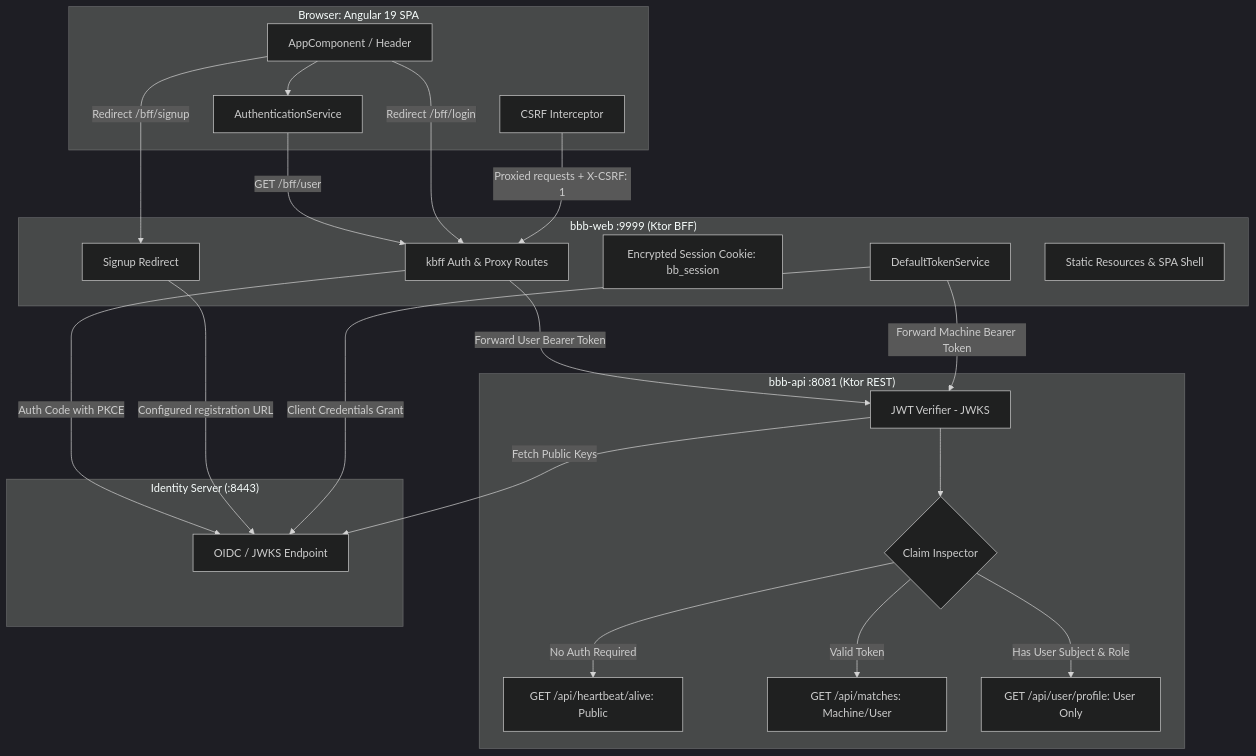
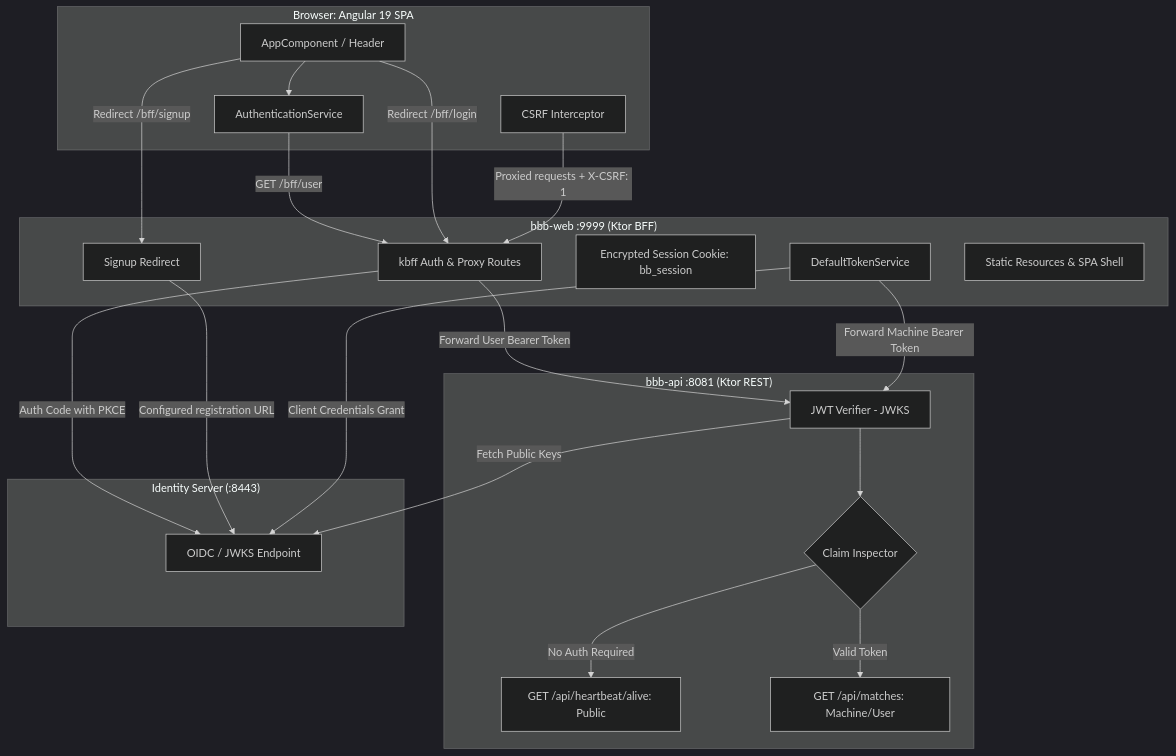
The first of 3 diagrams in docs/architecture/applications.md (kevinrjones/acs_ball_by_ball), drawn with Mermaid (dark theme) before and after one commit. The commit also changed other lines of this file and 15 other files, not shown here.

Commit message:
Remove user profile flow, associated contracts, authentication logic, and shared tests from `bbb-api`, `bbb-shared`, `bbb-web`, and architecture documentation.

````diff
--- a/docs/architecture/applications.md
+++ b/docs/architecture/applications.md
@@ -19,47 +19,45 @@
 ```mermaid
 flowchart TD
     subgraph Browser["Browser: Angular 19 SPA"]
         UI[AppComponent / Header]
         AuthService[AuthenticationService]
         Interceptor[CSRF Interceptor]
     end
 
     subgraph Web["bbb-web :9999 (Ktor BFF)"]
         KBFF[kbff Auth & Proxy Routes]
         AuthRoutes[Signup Redirect]
         SessionCookie[Encrypted Session Cookie: bb_session]
         TokenService[DefaultTokenService]
         WebRoutes[Static Resources & SPA Shell]
     end
 
     subgraph API["bbb-api :8081 (Ktor REST)"]
         JWTVerifier[JWT Verifier - JWKS]
         ClaimsCheck{Claim Inspector}
         AliveRoute[GET /api/heartbeat/alive: Public]
         MatchesRoute[GET /api/matches: Machine/User]
-        UserRoute[GET /api/user/profile: User Only]
     end
 
     subgraph Identity["Identity Server (:8443)"]
         OIDC[OIDC / JWKS Endpoint]
     end
 
     UI --> AuthService
     AuthService -->|GET /bff/user| KBFF
     UI -->|Redirect /bff/login| KBFF
     UI -->|Redirect /bff/signup| AuthRoutes
     Interceptor -->|Proxied requests + X-CSRF: 1| KBFF
 
     KBFF -->|Auth Code with PKCE| OIDC
     AuthRoutes -->|Configured registration URL| OIDC
     TokenService -->|Client Credentials Grant| OIDC
     JWTVerifier -->|Fetch Public Keys| OIDC
 
     KBFF -->|Forward User Bearer Token| JWTVerifier
     TokenService -->|Forward Machine Bearer Token| JWTVerifier
 
     JWTVerifier --> ClaimsCheck
     ClaimsCheck -->|No Auth Required| AliveRoute
     ClaimsCheck -->|Valid Token| MatchesRoute
-    ClaimsCheck -->|Has User Subject & Role| UserRoute
 ```
````
